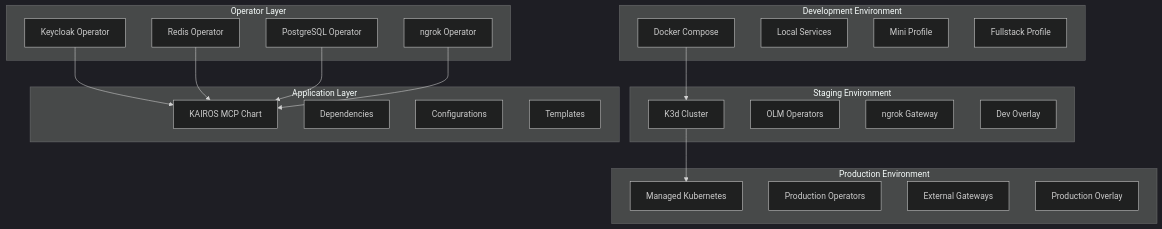
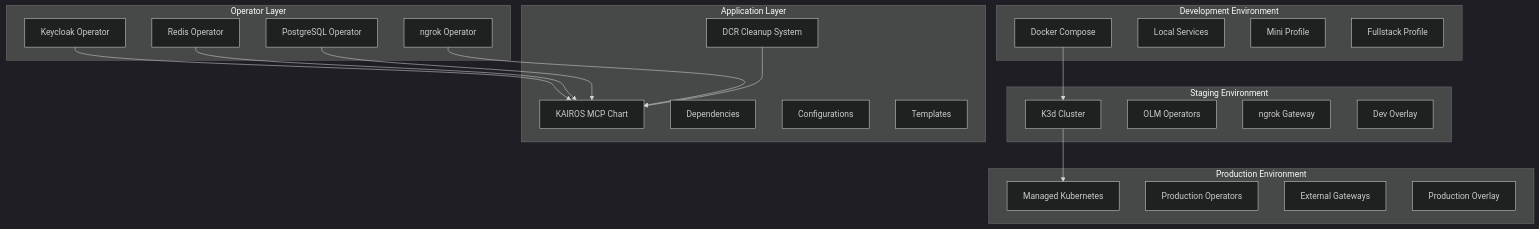
The second of 10 diagrams in .qoder/repowiki/en/content/Architecture & Design/Deployment & Infrastructure.md (debian777/kairos-mcp), drawn with Mermaid (dark theme) before and after one commit. The commit also changed other lines of this file and 16 other files, not shown here.

````diff
--- a/.qoder/repowiki/en/content/Architecture & Design/Deployment & Infrastructure.md
+++ b/.qoder/repowiki/en/content/Architecture & Design/Deployment & Infrastructure.md
@@ -142,39 +158,41 @@
 ```mermaid
 graph TB
 subgraph "Development Environment"
 D1["Docker Compose"]
 D2["Local Services"]
 D3["Mini Profile"]
 D4["Fullstack Profile"]
 end
 subgraph "Staging Environment"
 S1["K3d Cluster"]
 S2["OLM Operators"]
 S3["ngrok Gateway"]
 S4["Dev Overlay"]
 end
 subgraph "Production Environment"
 P1["Managed Kubernetes"]
 P2["Production Operators"]
 P3["External Gateways"]
 P4["Production Overlay"]
 end
 subgraph "Operator Layer"
 O1["Keycloak Operator"]
 O2["Redis Operator"]
 O3["PostgreSQL Operator"]
 O4["ngrok Operator"]
 end
 subgraph "Application Layer"
 A1["KAIROS MCP Chart"]
 A2["Dependencies"]
 A3["Configurations"]
 A4["Templates"]
+A5["DCR Cleanup System"]
 end
 D1 --> S1
 S1 --> P1
 O1 --> A1
 O2 --> A1
 O3 --> A1
 O4 --> A1
+A5 --> A1
 ```
````
